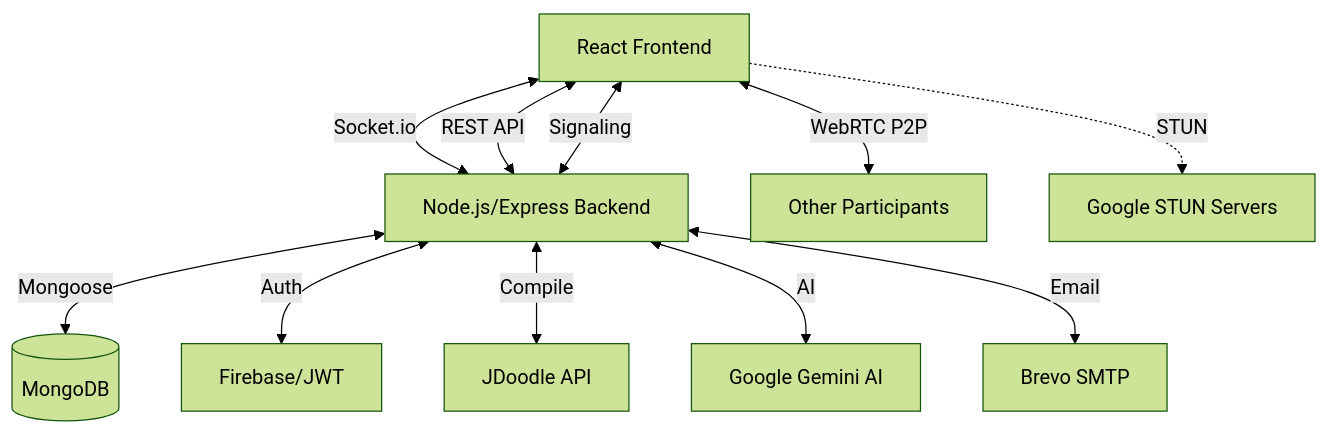
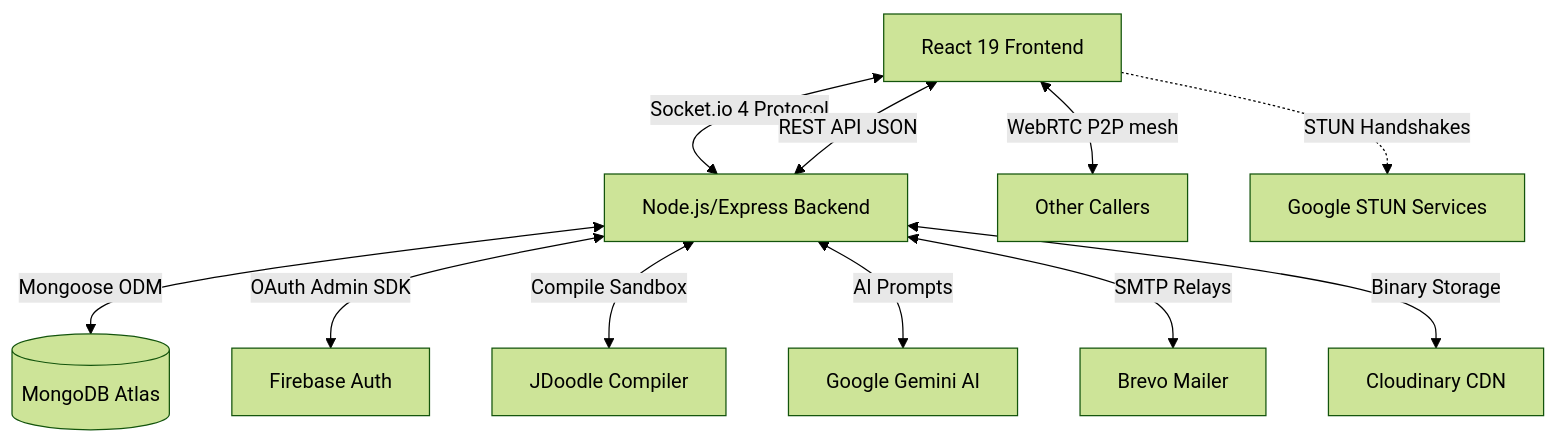
The diagram in README.md (Riteshmaurya07/Code_X_Live), drawn with Mermaid (forest theme) before and after one commit. The commit also changed other lines of this file and 1 other file, not shown here.

````diff
--- a/README.md
+++ b/README.md
@@ -67,13 +82,13 @@
 ```mermaid
 graph TD
-    Client[React Frontend] <-->|Socket.io| Server[Node.js/Express Backend]
-    Client <-->|REST API| Server
-    Client <-->|WebRTC P2P| Client2[Other Participants]
-    Server <-->|Signaling| Client
-    Server <-->|Mongoose| DB[(MongoDB)]
-    Server <-->|Auth| Firebase[Firebase/JWT]
-    Server <-->|Compile| JDoodle[JDoodle API]
-    Server <-->|AI| Gemini[Google Gemini AI]
-    Server <-->|Email| Brevo[Brevo SMTP]
-    Client -.->|STUN| Google[Google STUN Servers]
+    Client[React 19 Frontend] <-->|Socket.io 4 Protocol| Server[Node.js/Express Backend]
+    Client <-->|REST API JSON| Server
+    Client <-->|WebRTC P2P mesh| Client2[Other Callers]
+    Server <-->|Mongoose ODM| DB[(MongoDB Atlas)]
+    Server <-->|OAuth Admin SDK| Firebase[Firebase Auth]
+    Server <-->|Compile Sandbox| JDoodle[JDoodle Compiler]
+    Server <-->|AI Prompts| Gemini[Google Gemini AI]
+    Server <-->|SMTP Relays| Brevo[Brevo Mailer]
+    Server <-->|Binary Storage| Cloudinary[Cloudinary CDN]
+    Client -.->|STUN Handshakes| GoogleSTUN[Google STUN Services]
 ```
````
